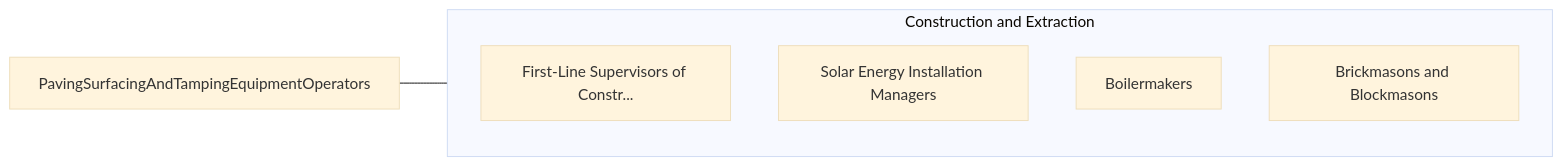
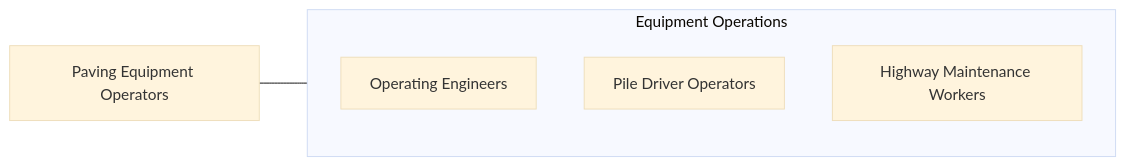
The fourth of 4 diagrams in occupations/Construction/PavingSurfacingAndTampingEquipmentOperators.mdx (kziemski/business.org.ai), drawn with Mermaid (base theme) before and after one commit. The commit also changed other lines of this file and 938 other files, not shown here.

````diff
--- a/occupations/Construction/PavingSurfacingAndTampingEquipmentOperators.mdx
+++ b/occupations/Construction/PavingSurfacingAndTampingEquipmentOperators.mdx
@@ -115,13 +158,10 @@
 ```mermaid
 graph LR
-    Current["PavingSurfacingAndTampingEquipmentOperators"]
-
-    subgraph SameCategory["Construction and Extraction"]
-        FirstLineSupervisors["First-Line Supervisors of Constr..."]
-        SolarEnergyInstallat["Solar Energy Installation Managers"]
-        Boilermakers["Boilermakers"]
-        BrickmasonsAndBlockm["Brickmasons and Blockmasons"]
+    Current["Paving Equipment Operators"]
+    subgraph Same["Equipment Operations"]
+        OpEng["Operating Engineers"]
+        PileDriver["Pile Driver Operators"]
+        Highway["Highway Maintenance Workers"]
     end
-
-    Current --- SameCategory
+    Current --- Same
 ```
````
